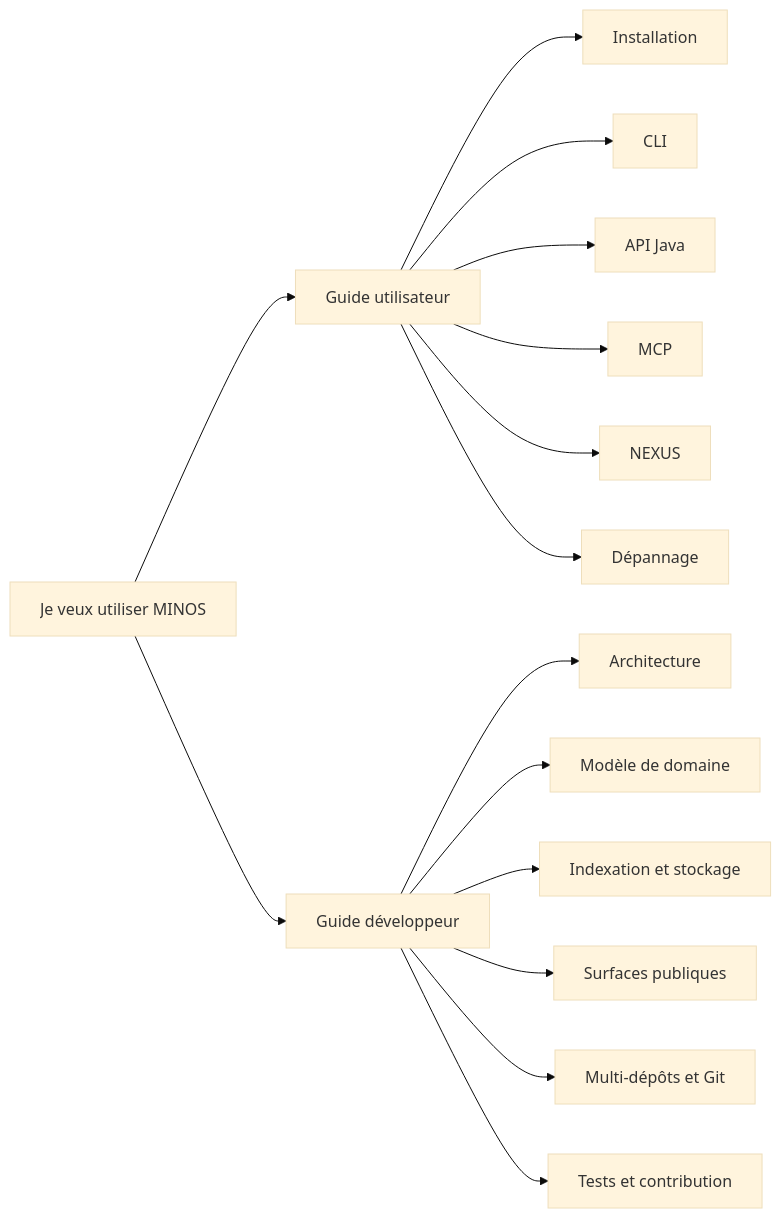
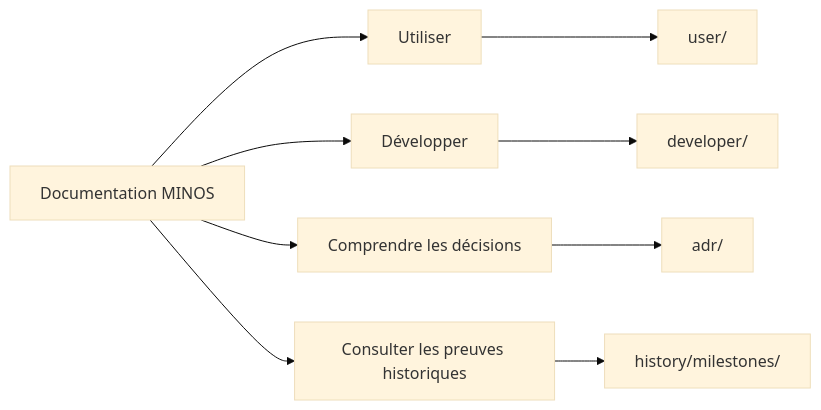
The diagram in docs/README.md (FTurleque/minos-code-intelligence), drawn with Mermaid (base theme) before and after one commit. The commit also changed other lines of this file and 79 other files, not shown here.

Commit message:
docs: separate architecture decisions from milestone history

````diff
--- a/docs/README.md
+++ b/docs/README.md
@@ -9,17 +9,11 @@
 ```mermaid
 flowchart LR
-    A[Je veux utiliser MINOS] --> U[Guide utilisateur]
-    A --> D[Guide développeur]
-    U --> U1[Installation]
-    U --> U2[CLI]
-    U --> U3[API Java]
-    U --> U4[MCP]
-    U --> U5[NEXUS]
-    U --> U6[Dépannage]
-    D --> D1[Architecture]
-    D --> D2[Modèle de domaine]
-    D --> D3[Indexation et stockage]
-    D --> D4[Surfaces publiques]
-    D --> D5[Multi-dépôts et Git]
-    D --> D6[Tests et contribution]
+    A[Documentation MINOS] --> U[Utiliser]
+    A --> D[Développer]
+    A --> ADR[Comprendre les décisions]
+    A --> H[Consulter les preuves historiques]
+    U --> U1[user/]
+    D --> D1[developer/]
+    ADR --> A1[adr/]
+    H --> H1[history/milestones/]
 ```
````
